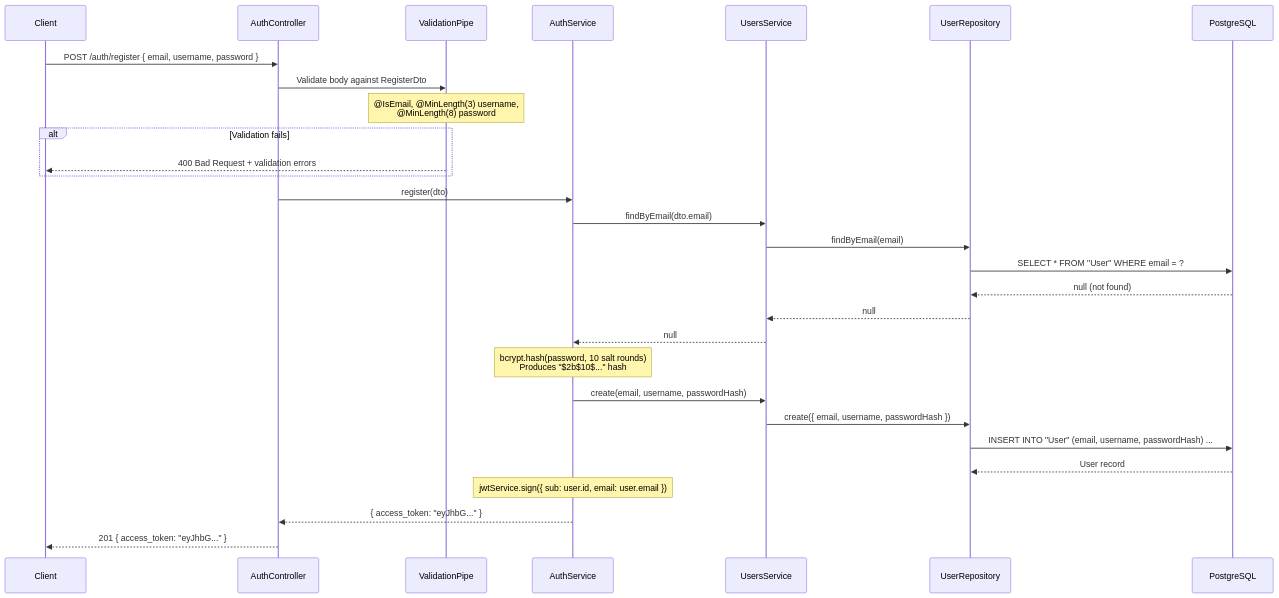
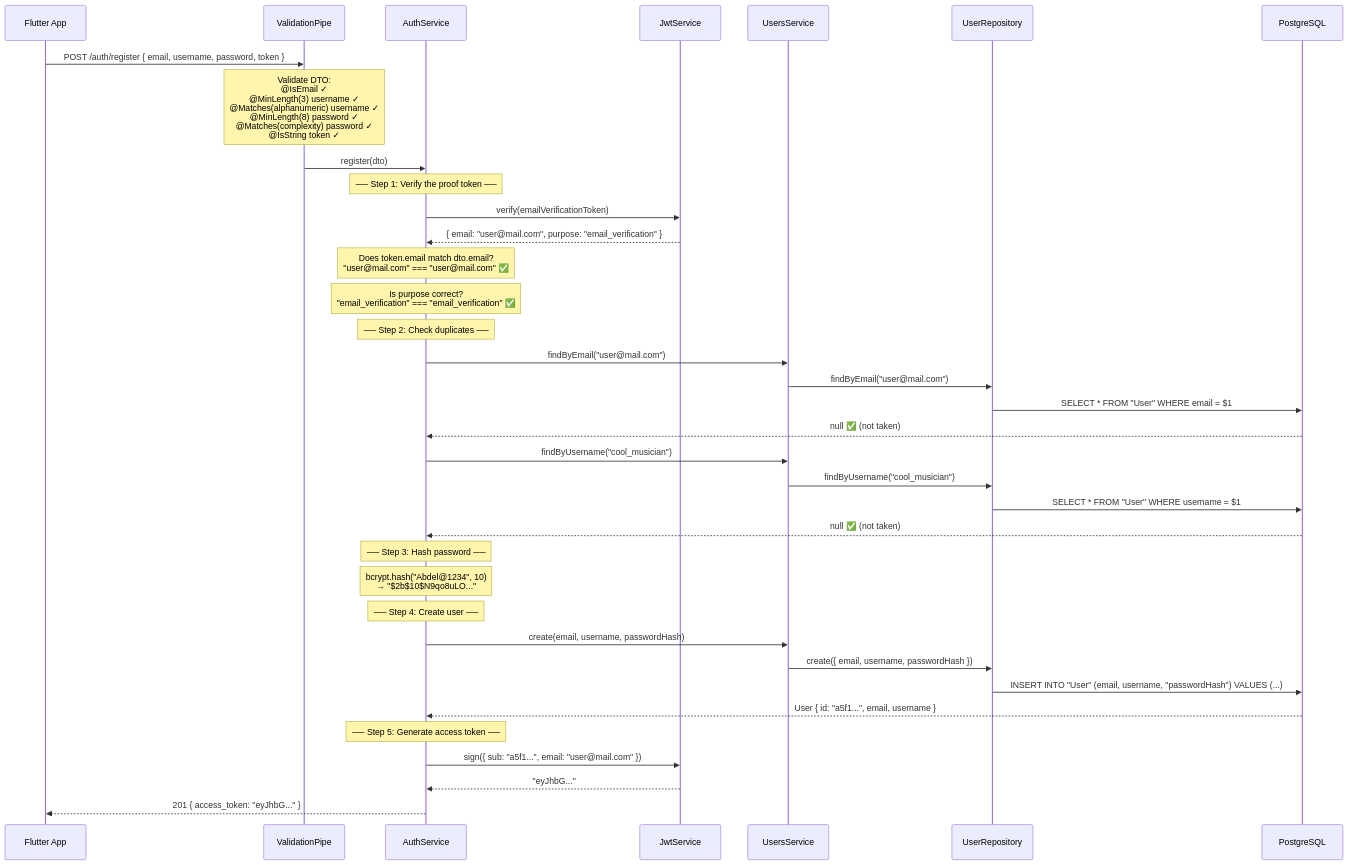
One commit to Mtigunit/music-room changed the third of 6 diagrams in backend/docs/auth_walkthrough.md. Above: the diagram before and after it, drawn with Mermaid. The commit also changed other lines of this file and 16 other files, not shown here.

First line of the commit message:
feat(auth): add email OTP verification before registration

````diff
--- a/backend/docs/auth_walkthrough.md
+++ b/backend/docs/auth_walkthrough.md
@@ -62,32 +268,49 @@
 ```mermaid
 sequenceDiagram
-    participant Client
-    participant Controller as AuthController
+    participant Client as Flutter App
     participant Pipe as ValidationPipe
-    participant Service as AuthService
+    participant Auth as AuthService
+    participant JWT as JwtService
     participant Users as UsersService
     participant Repo as UserRepository
     participant DB as PostgreSQL
 
-    Client->>Controller: POST /auth/register { email, username, password }
-    Controller->>Pipe: Validate body against RegisterDto
-    Note over Pipe: @IsEmail, @MinLength(3) username,<br/>@MinLength(8) password
-    alt Validation fails
-        Pipe-->>Client: 400 Bad Request + validation errors
-    end
-    Controller->>Service: register(dto)
-    Service->>Users: findByEmail(dto.email)
-    Users->>Repo: findByEmail(email)
-    Repo->>DB: SELECT * FROM "User" WHERE email = ?
-    DB-->>Repo: null (not found)
-    Repo-->>Users: null
-    Users-->>Service: null
-    Note over Service: bcrypt.hash(password, 10 salt rounds)<br/>Produces "$2b$10$..." hash
-    Service->>Users: create(email, username, passwordHash)
+    Client->>Pipe: POST /auth/register { email, username, password, token }
+
+    Note over Pipe: Validate DTO:<br/>@IsEmail ✓<br/>@MinLength(3) username ✓<br/>@Matches(alphanumeric) username ✓<br/>@MinLength(8) password ✓<br/>@Matches(complexity) password ✓<br/>@IsString token ✓
+
+    Pipe->>Auth: register(dto)
+
+    Note over Auth: ── Step 1: Verify the proof token ──
+    Auth->>JWT: verify(emailVerificationToken)
+    JWT-->>Auth: { email: "user@mail.com", purpose: "email_verification" }
+
+    Note over Auth: Does token.email match dto.email?<br/>"user@mail.com" === "user@mail.com" ✅
+    Note over Auth: Is purpose correct?<br/>"email_verification" === "email_verification" ✅
+
+    Note over Auth: ── Step 2: Check duplicates ──
+    Auth->>Users: findByEmail("user@mail.com")
+    Users->>Repo: findByEmail("user@mail.com")
+    Repo->>DB: SELECT * FROM "User" WHERE email = $1
+    DB-->>Auth: null ✅ (not taken)
+
+    Auth->>Users: findByUsername("cool_musician")
+    Users->>Repo: findByUsername("cool_musician")
+    Repo->>DB: SELECT * FROM "User" WHERE username = $1
+    DB-->>Auth: null ✅ (not taken)
+
+    Note over Auth: ── Step 3: Hash password ──
+    Note over Auth: bcrypt.hash("Abdel@1234", 10)<br/>→ "$2b$10$N9qo8uLO..."
+
+    Note over Auth: ── Step 4: Create user ──
+    Auth->>Users: create(email, username, passwordHash)
     Users->>Repo: create({ email, username, passwordHash })
-    Repo->>DB: INSERT INTO "User" (email, username, passwordHash) ...
-    DB-->>Repo: User record
-    Note over Service: jwtService.sign({ sub: user.id, email: user.email })
-    Service-->>Controller: { access_token: "eyJhbG..." }
-    Controller-->>Client: 201 { access_token: "eyJhbG..." }
+    Repo->>DB: INSERT INTO "User" (email, username, "passwordHash") VALUES (...)
+    DB-->>Auth: User { id: "a5f1...", email, username }
+
+    Note over Auth: ── Step 5: Generate access token ──
+    Auth->>JWT: sign({ sub: "a5f1...", email: "user@mail.com" })
+    JWT-->>Auth: "eyJhbG..."
+
+    Auth-->>Client: 201 { access_token: "eyJhbG..." }
 ```
````
